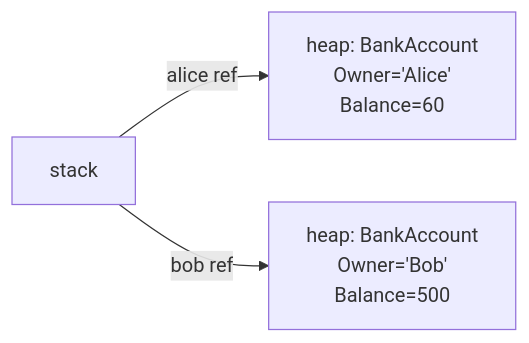
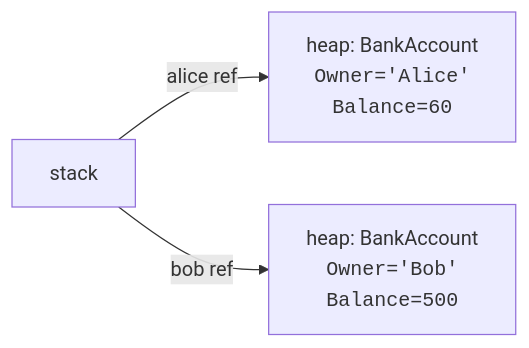
One commit to dataslope/dataslope changed the second of 2 diagrams in content/learn/intro-modern-csharp/classes-and-objects.mdx. Above: the diagram before and after it, drawn with Mermaid. The commit also changed other lines of this file and 218 other files, not shown here.

First line of the commit message:
Render code-only mermaid shapes in monospace; convert step sequences to Steps (#467)

````diff
--- a/content/learn/intro-modern-csharp/classes-and-objects.mdx
+++ b/content/learn/intro-modern-csharp/classes-and-objects.mdx
@@ -115,5 +115,5 @@
 ```mermaid
 flowchart LR
-    Stack["stack"] -->|alice ref| H1["heap: BankAccount<br/>Owner='Alice'<br/>Balance=60"]
-    Stack -->|bob ref| H2["heap: BankAccount<br/>Owner='Bob'<br/>Balance=500"]
+    Stack["stack"] -->|alice ref| H1["heap: BankAccount<br/><code>Owner='Alice'</code><br/><code>Balance=60</code>"]
+    Stack -->|bob ref| H2["heap: BankAccount<br/><code>Owner='Bob'</code><br/><code>Balance=500</code>"]
 ```
````
